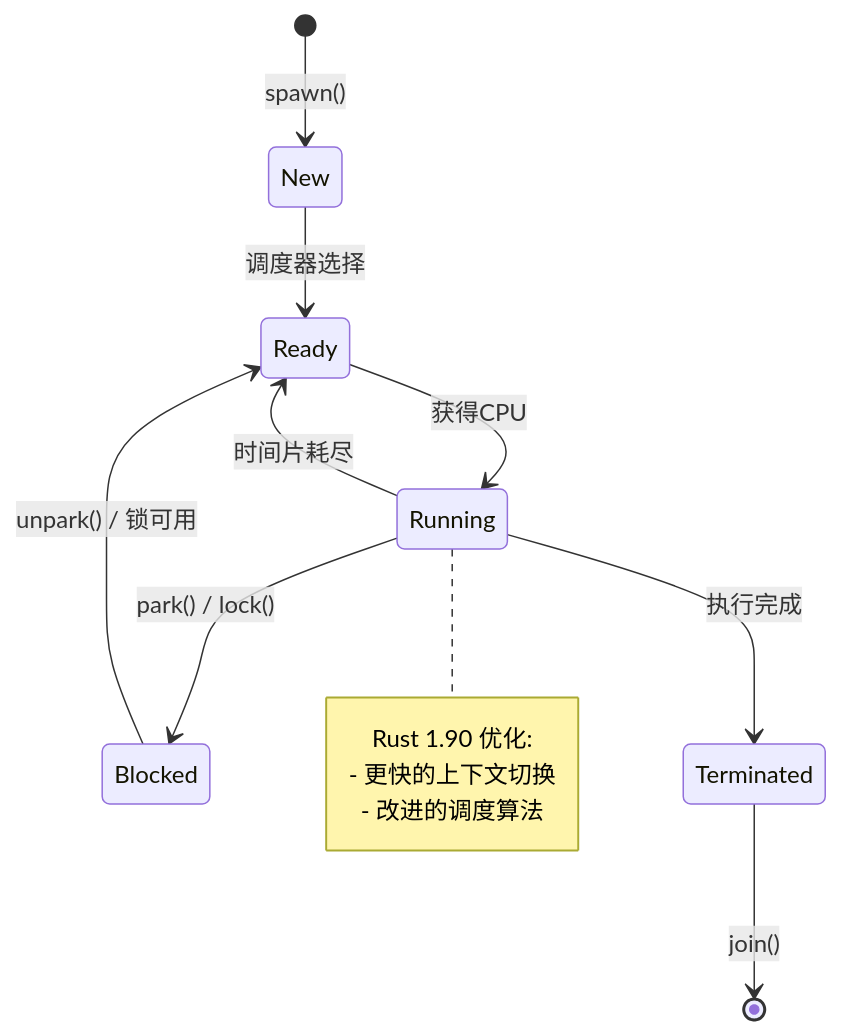
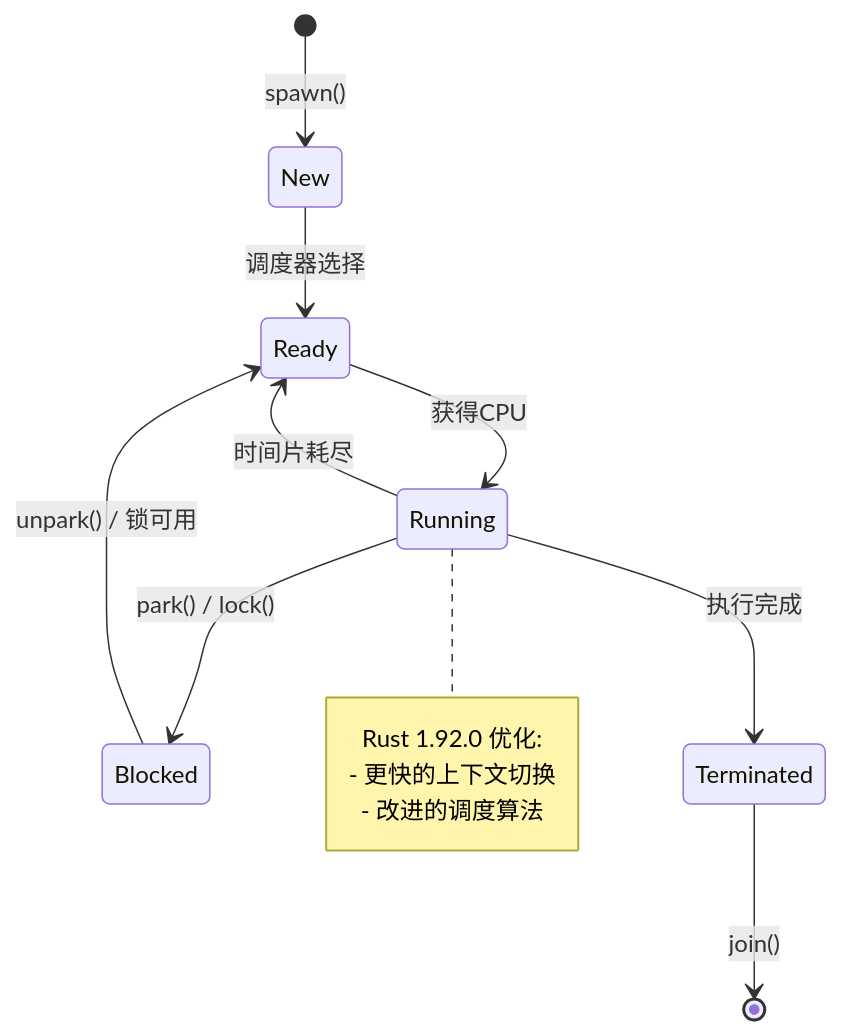
Before and after one commit to martin-ly/rust-lang: the second of 4 diagrams in crates/c05_threads/docs/01_basic_threading.md, drawn with Mermaid. The commit also changed other lines of this file and 290 other files, not shown here.

````diff
--- a/crates/c05_threads/docs/01_basic_threading.md
+++ b/crates/c05_threads/docs/01_basic_threading.md
@@ -140,17 +140,17 @@
 ```mermaid
 stateDiagram-v2
     [*] --> New: spawn()
     New --> Ready: 调度器选择
     Ready --> Running: 获得CPU
     Running --> Blocked: park() / lock()
     Running --> Ready: 时间片耗尽
     Blocked --> Ready: unpark() / 锁可用
     Running --> Terminated: 执行完成
     Terminated --> [*]: join()
 
     note right of Running
-        Rust 1.90 优化:
+        Rust 1.92.0 优化:
         - 更快的上下文切换
         - 改进的调度算法
     end note
 ```
````
